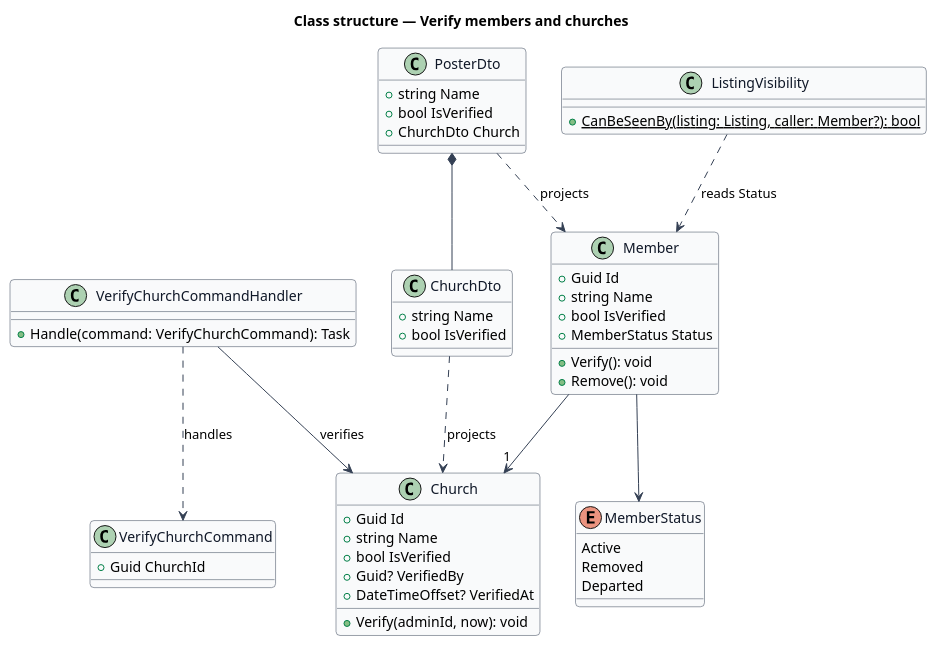
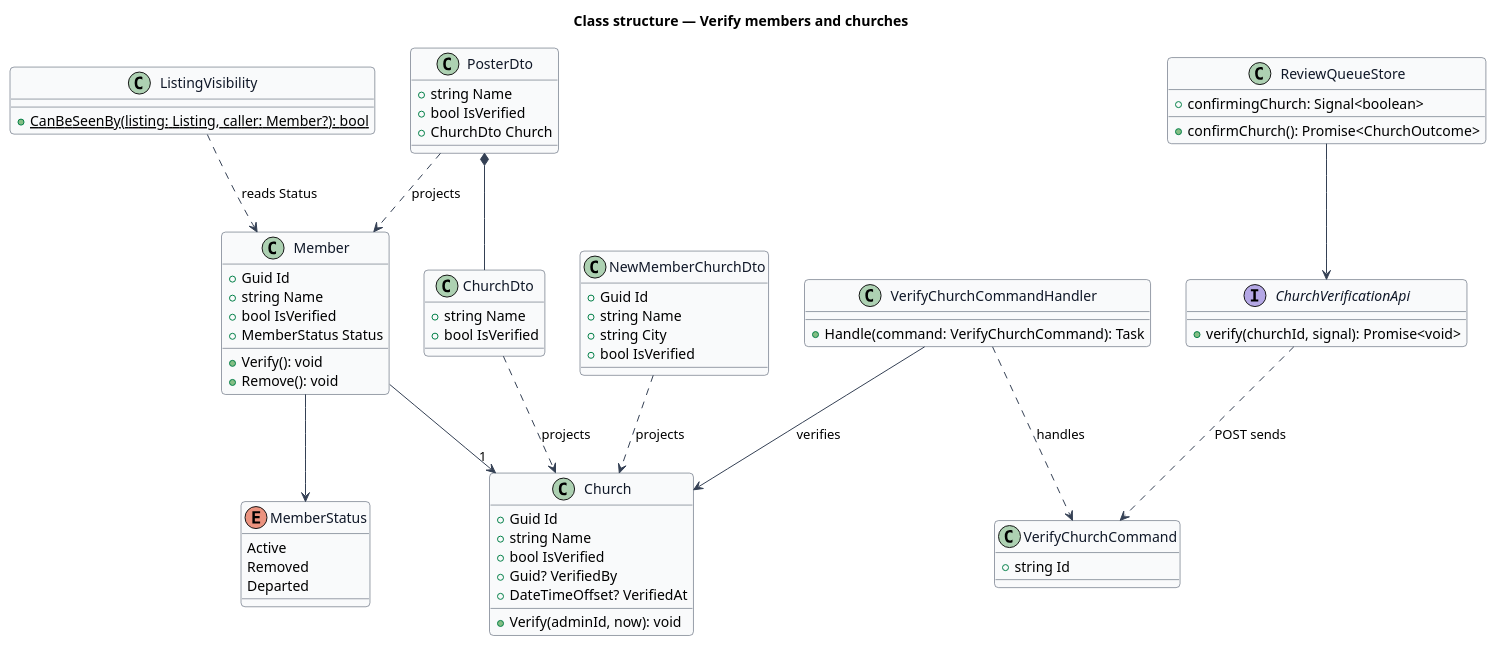
The diagram in docs/detailed-designs/members/verify-members-and-churches/diagrams/class-structure.puml (QuinntyneBrown/christian-rent), drawn with PlantUML before and after one commit. The commit also changed 44 other files, not shown here.

First line of the commit message:
Draw "Confirm church" on the detail of a new member, and bring the requirements, ADR 0031 and the design in line

```diff
--- a/docs/detailed-designs/members/verify-members-and-churches/diagrams/class-structure.puml
+++ b/docs/detailed-designs/members/verify-members-and-churches/diagrams/class-structure.puml
@@ -1,63 +1,79 @@
 @startuml
 ' --- shared skin header ---
 skinparam backgroundColor #FFFFFF
 skinparam shadowing false
 skinparam roundcorner 8
 skinparam defaultFontName Arial
 skinparam ArrowColor #344054
 skinparam class {
   BorderColor #344054
   FontColor #101828
   BackgroundColor #F9FAFB
 }
 ' --------------------------
 title Class structure — Verify members and churches
 
 class Member {
   +Guid Id
   +string Name
   +bool IsVerified
   +MemberStatus Status
   +Verify(): void
   +Remove(): void
 }
 class Church {
   +Guid Id
   +string Name
   +bool IsVerified
   +Guid? VerifiedBy
   +DateTimeOffset? VerifiedAt
   +Verify(adminId, now): void
 }
 enum MemberStatus {
   Active
   Removed
   Departed
 }
 class VerifyChurchCommand {
-  +Guid ChurchId
+  +string Id
+}
+class NewMemberChurchDto {
+  +Guid Id
+  +string Name
+  +string City
+  +bool IsVerified
+}
+interface ChurchVerificationApi {
+  +verify(churchId, signal): Promise<void>
+}
+class ReviewQueueStore {
+  +confirmingChurch: Signal<boolean>
+  +confirmChurch(): Promise<ChurchOutcome>
 }
 class VerifyChurchCommandHandler {
   +Handle(command: VerifyChurchCommand): Task
 }
 class ListingVisibility {
   +{static} CanBeSeenBy(listing: Listing, caller: Member?): bool
 }
 class PosterDto {
   +string Name
   +bool IsVerified
   +ChurchDto Church
 }
 class ChurchDto {
   +string Name
   +bool IsVerified
 }
 Member --> "1" Church
 Member --> MemberStatus
 VerifyChurchCommandHandler ..> VerifyChurchCommand : handles
 VerifyChurchCommandHandler --> Church : verifies
 ListingVisibility ..> Member : reads Status
 PosterDto ..> Member : projects
 ChurchDto ..> Church : projects
+NewMemberChurchDto ..> Church : projects
+ReviewQueueStore --> ChurchVerificationApi
+ChurchVerificationApi ..> VerifyChurchCommand : POST sends
 PosterDto *-- ChurchDto
 @enduml
```
